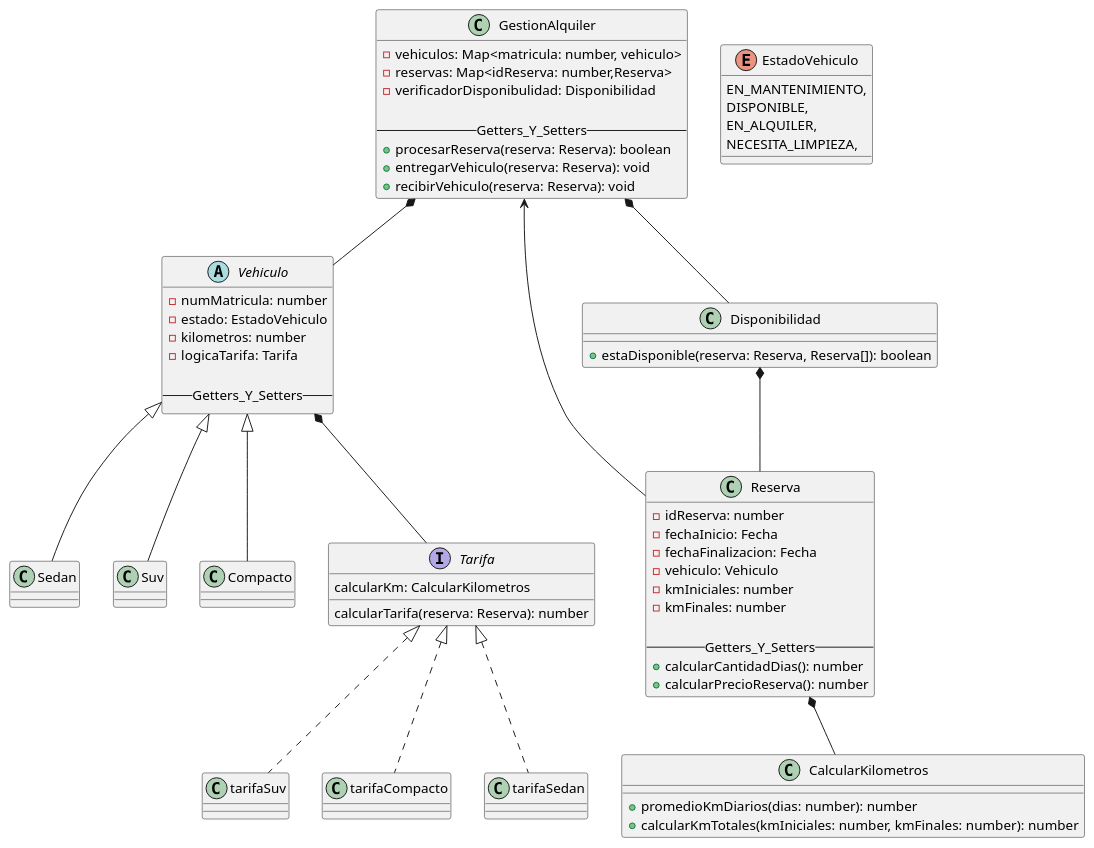
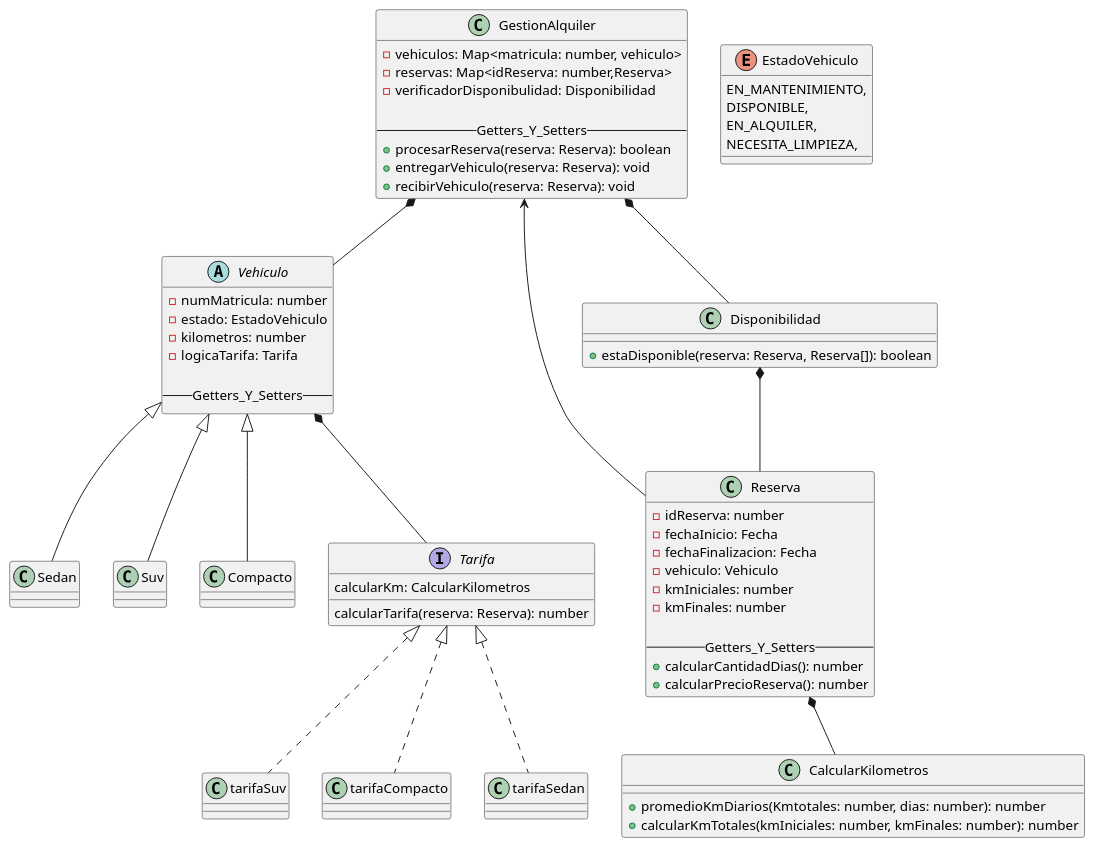
The diagram in diagrama/diagramaDeClasesV2.puml (Nash-Blip/Programaci-n-II), drawn with PlantUML before and after one commit. The commit also changed 1 other file, not shown here.

Commit message:
calcular kilometros y promedio
agregue en la parte de promedioKmDiarios que tiene que estar tambien los KmTotales para la cuenta

```diff
--- a/diagrama/diagramaDeClasesV2.puml
+++ b/diagrama/diagramaDeClasesV2.puml
@@ -1,76 +1,76 @@
 @startuml name prototipoTP
 
 abstract class Vehiculo{
     -numMatricula: number
     -estado: EstadoVehiculo
     -kilometros: number
     -logicaTarifa: Tarifa
 
     --Getters_Y_Setters--
 }
 
 class Sedan extends Vehiculo{}
 class Suv extends Vehiculo{}
 class Compacto extends Vehiculo{}
 
 interface Tarifa{
     calcularKm: CalcularKilometros
     calcularTarifa(reserva: Reserva): number
 }
 
 class tarifaSuv implements Tarifa{}
 
 class tarifaCompacto implements Tarifa{}
 
 class tarifaSedan implements Tarifa{}
 
 class Reserva{
     -idReserva: number
     -fechaInicio: Fecha
     -fechaFinalizacion: Fecha
     -vehiculo: Vehiculo
     -kmIniciales: number
     -kmFinales: number
 
     --Getters_Y_Setters--
     +calcularCantidadDias(): number
     +calcularPrecioReserva(): number
 }
 
 class CalcularKilometros{
-    +promedioKmDiarios(dias: number): number
+    +promedioKmDiarios(Kmtotales: number, dias: number): number
     +calcularKmTotales(kmIniciales: number, kmFinales: number): number
 }
 
 enum EstadoVehiculo{
     EN_MANTENIMIENTO,
     DISPONIBLE,
     EN_ALQUILER,
     NECESITA_LIMPIEZA,
 }
 
 class GestionAlquiler{
     -vehiculos: Map<matricula: number, vehiculo>
     -reservas: Map<idReserva: number,Reserva>
     -verificadorDisponibulidad: Disponibilidad
 
     --Getters_Y_Setters--
     +procesarReserva(reserva: Reserva): boolean
     +entregarVehiculo(reserva: Reserva): void
     +recibirVehiculo(reserva: Reserva): void
 }
 
 class Disponibilidad{
     +estaDisponible(reserva: Reserva, Reserva[]): boolean
 }
 
 
 ' Relaciones
 Vehiculo *-- Tarifa
 GestionAlquiler *-- Vehiculo
 Disponibilidad *-- Reserva
 Reserva *-- CalcularKilometros
 GestionAlquiler *-- Disponibilidad
 GestionAlquiler <-- Reserva
 
 @enduml
```
